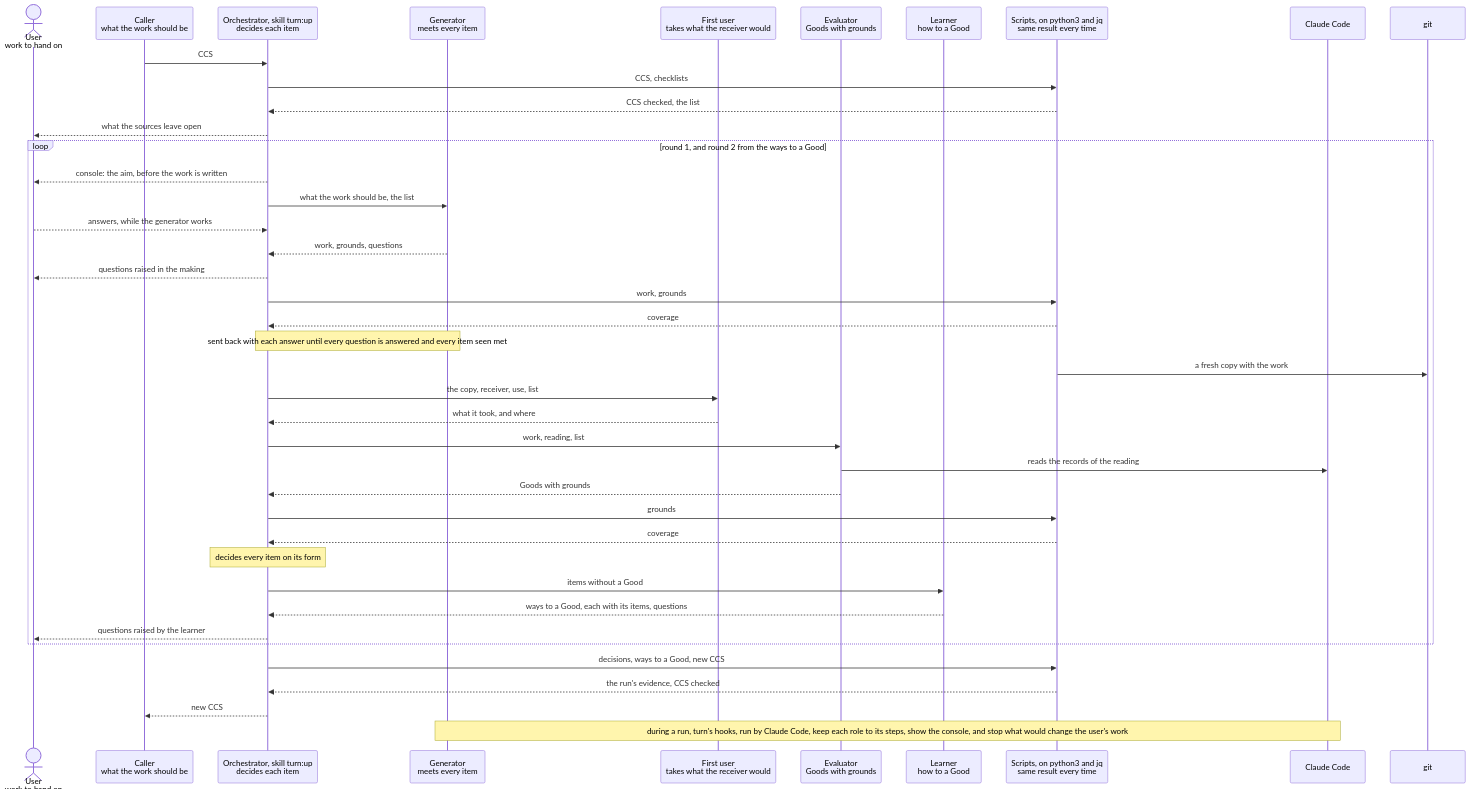
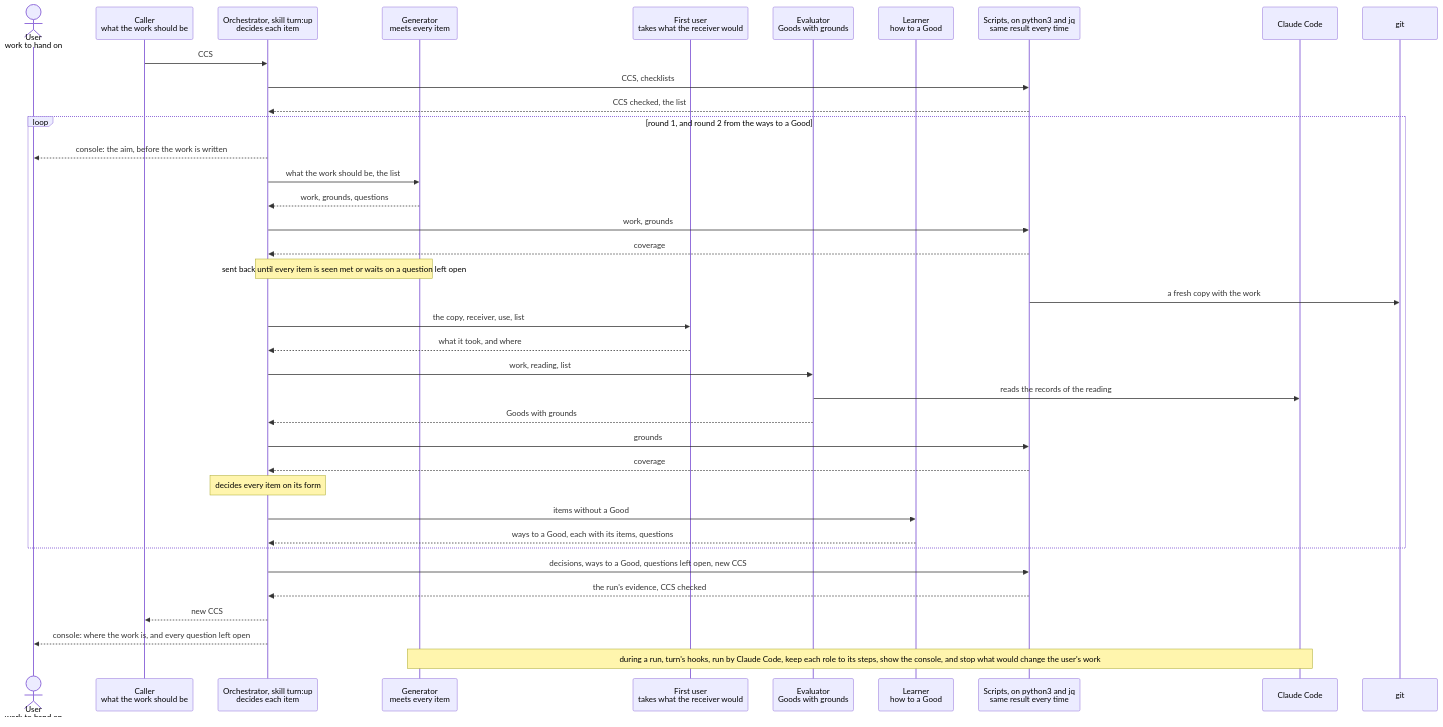
One commit to lovaizu/ccpm changed the diagram in dev/turn/design.md. Above: the diagram before and after it, drawn with Mermaid. The commit also changed other lines of this file, not shown here.

First line of the commit message:
turn design: asks nothing while it works, and returns every question left open at the end

````diff
--- a/dev/turn/design.md
+++ b/dev/turn/design.md
@@ -181,43 +186,40 @@
 ```mermaid
 sequenceDiagram
   actor U as User<br/>work to hand on
   participant C as Caller<br/>what the work should be
   participant O as Orchestrator, skill turn:up<br/>decides each item
   participant G as Generator<br/>meets every item
   participant F as First user<br/>takes what the receiver would
   participant E as Evaluator<br/>Goods with grounds
   participant L as Learner<br/>how to a Good
   participant S as Scripts, on python3 and jq<br/>same result every time
   participant CC as Claude Code
   participant GIT as git
   C->>O: CCS
   O->>S: CCS, checklists
   S-->>O: CCS checked, the list
-  O-->>U: what the sources leave open
   loop round 1, and round 2 from the ways to a Good
     O-->>U: console: the aim, before the work is written
     O->>G: what the work should be, the list
-    U-->>O: answers, while the generator works
     G-->>O: work, grounds, questions
-    O-->>U: questions raised in the making
     O->>S: work, grounds
     S-->>O: coverage
-    Note over O,G: sent back with each answer until every question is answered and every item seen met
+    Note over O,G: sent back until every item is seen met or waits on a question left open
     S->>GIT: a fresh copy with the work
     O->>F: the copy, receiver, use, list
     F-->>O: what it took, and where
     O->>E: work, reading, list
     E->>CC: reads the records of the reading
     E-->>O: Goods with grounds
     O->>S: grounds
     S-->>O: coverage
     Note over O: decides every item on its form
     O->>L: items without a Good
     L-->>O: ways to a Good, each with its items, questions
-    O-->>U: questions raised by the learner
   end
-  O->>S: decisions, ways to a Good, new CCS
+  O->>S: decisions, ways to a Good, questions left open, new CCS
   S-->>O: the run's evidence, CCS checked
   O-->>C: new CCS
+  O-->>U: console: where the work is, and every question left open
   Note over G,CC: during a run, turn's hooks, run by Claude Code, keep each role to its steps, show the console, and stop what would change the user's work
 ```
````
